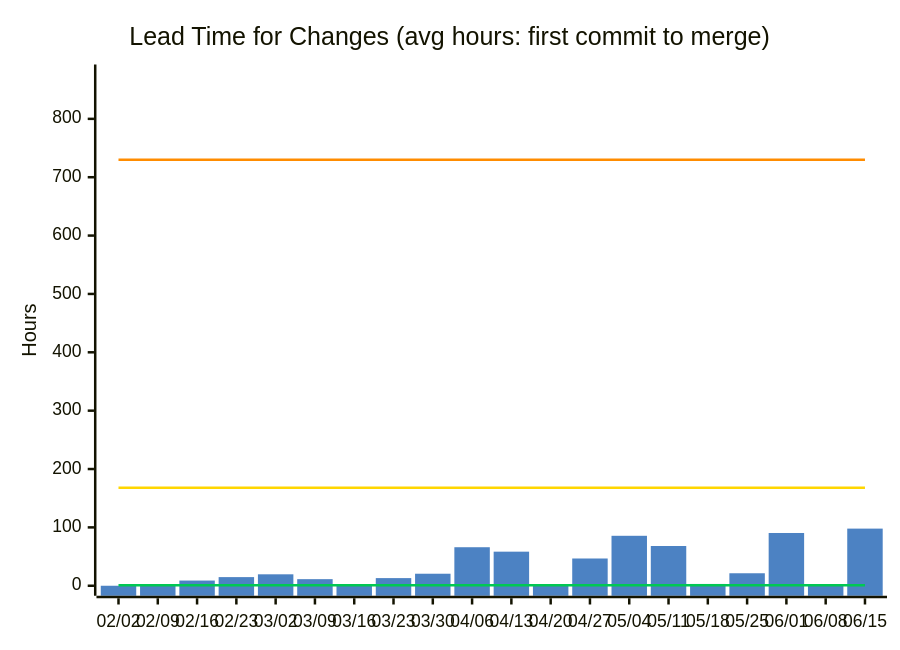
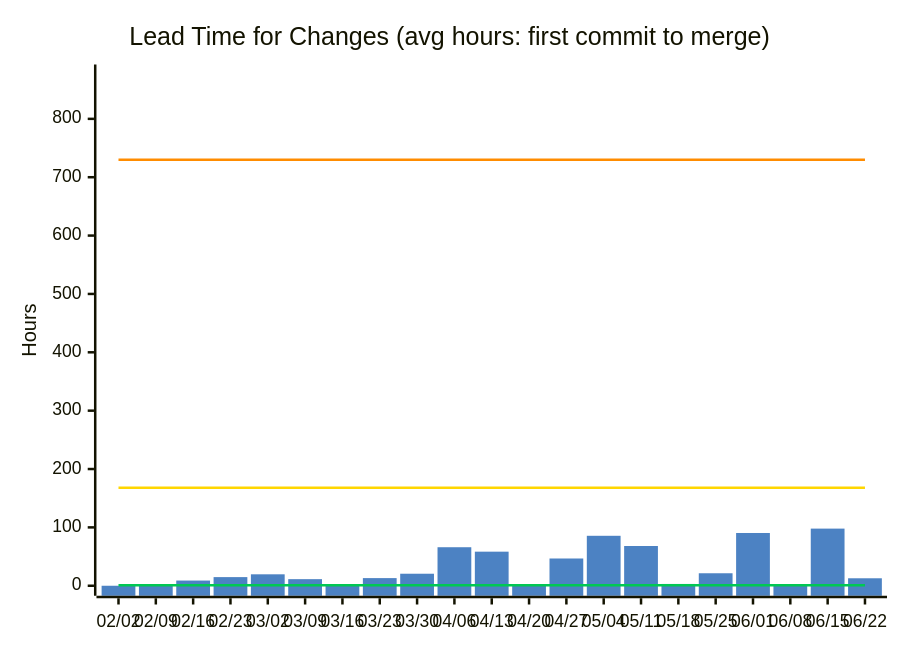
Before and after one commit to nablarch/nabledge-dev: the second of 14 diagrams in docs/metrics.md, drawn with Mermaid. The commit also changed other lines of this file and 2 other files, not shown here.

````diff
--- a/docs/metrics.md
+++ b/docs/metrics.md
@@ -49,11 +49,11 @@
 ```mermaid
 %%{init: {'theme': 'base', 'themeVariables': {'xyChart': {'plotColorPalette': '#4C82C3,#00C853,#FFD600,#FF8C00'}}}}%%
 xychart-beta
   title "Lead Time for Changes (avg hours: first commit to merge)"
-  x-axis ["02/02", "02/09", "02/16", "02/23", "03/02", "03/09", "03/16", "03/23", "03/30", "04/06", "04/13", "04/20", "04/27", "05/04", "05/11", "05/18", "05/25", "06/01", "06/08", "06/15"]
+  x-axis ["02/02", "02/09", "02/16", "02/23", "03/02", "03/09", "03/16", "03/23", "03/30", "04/06", "04/13", "04/20", "04/27", "05/04", "05/11", "05/18", "05/25", "06/01", "06/08", "06/15", "06/22"]
   y-axis "Hours" 0 --> 876
-  bar [0, 2.7, 8.9, 14.8, 19.6, 11.3, 0, 13.1, 20.6, 66, 58.4, 0.1, 46.7, 85.6, 68.1, 3.1, 21.4, 90.4, 0, 97.9]
-  line [1, 1, 1, 1, 1, 1, 1, 1, 1, 1, 1, 1, 1, 1, 1, 1, 1, 1, 1, 1]
-  line [168, 168, 168, 168, 168, 168, 168, 168, 168, 168, 168, 168, 168, 168, 168, 168, 168, 168, 168, 168]
-  line [730, 730, 730, 730, 730, 730, 730, 730, 730, 730, 730, 730, 730, 730, 730, 730, 730, 730, 730, 730]
+  bar [0, 2.7, 8.9, 14.8, 19.6, 11.3, 0, 13.1, 20.6, 66, 58.4, 0.1, 46.7, 85.6, 68.1, 3.1, 21.4, 90.4, 0, 97.9, 12.8]
+  line [1, 1, 1, 1, 1, 1, 1, 1, 1, 1, 1, 1, 1, 1, 1, 1, 1, 1, 1, 1, 1]
+  line [168, 168, 168, 168, 168, 168, 168, 168, 168, 168, 168, 168, 168, 168, 168, 168, 168, 168, 168, 168, 168]
+  line [730, 730, 730, 730, 730, 730, 730, 730, 730, 730, 730, 730, 730, 730, 730, 730, 730, 730, 730, 730, 730]
 ```
````
